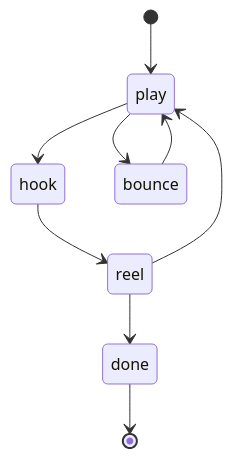
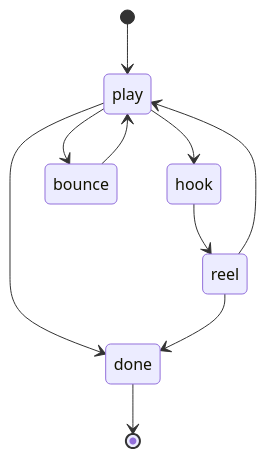
Before and after one commit to plusaction/numberisland: the fifth of 10 diagrams in docs/STATE_MACHINES.md, drawn with Mermaid. The commit also changed other lines of this file and 17 other files, not shown here.

````diff
--- a/docs/STATE_MACHINES.md
+++ b/docs/STATE_MACHINES.md
@@ -122,11 +122,12 @@
 ```mermaid
 stateDiagram-v2
   [*] --> play
   play --> hook
   play --> bounce
+  play --> done
   hook --> reel
   reel --> play
   reel --> done
   bounce --> play
   done --> [*]
 ```
````
